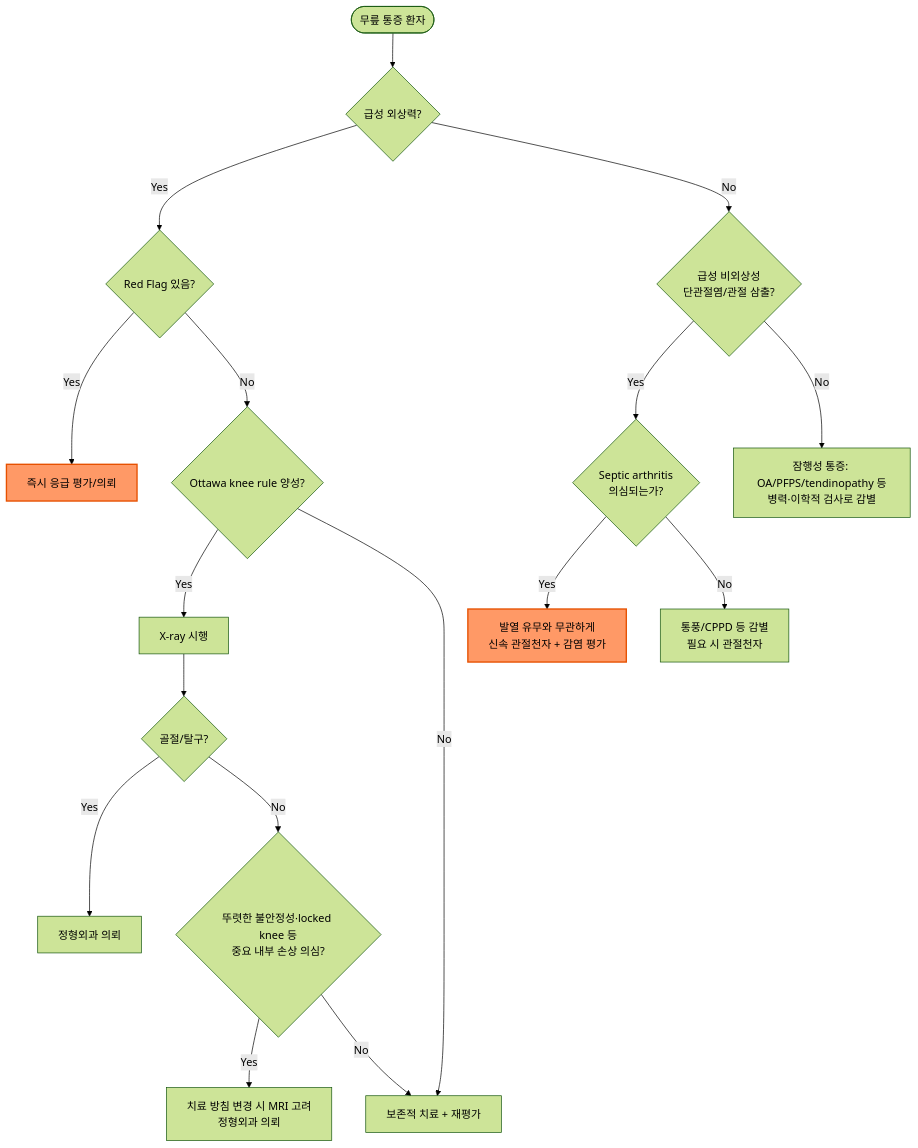
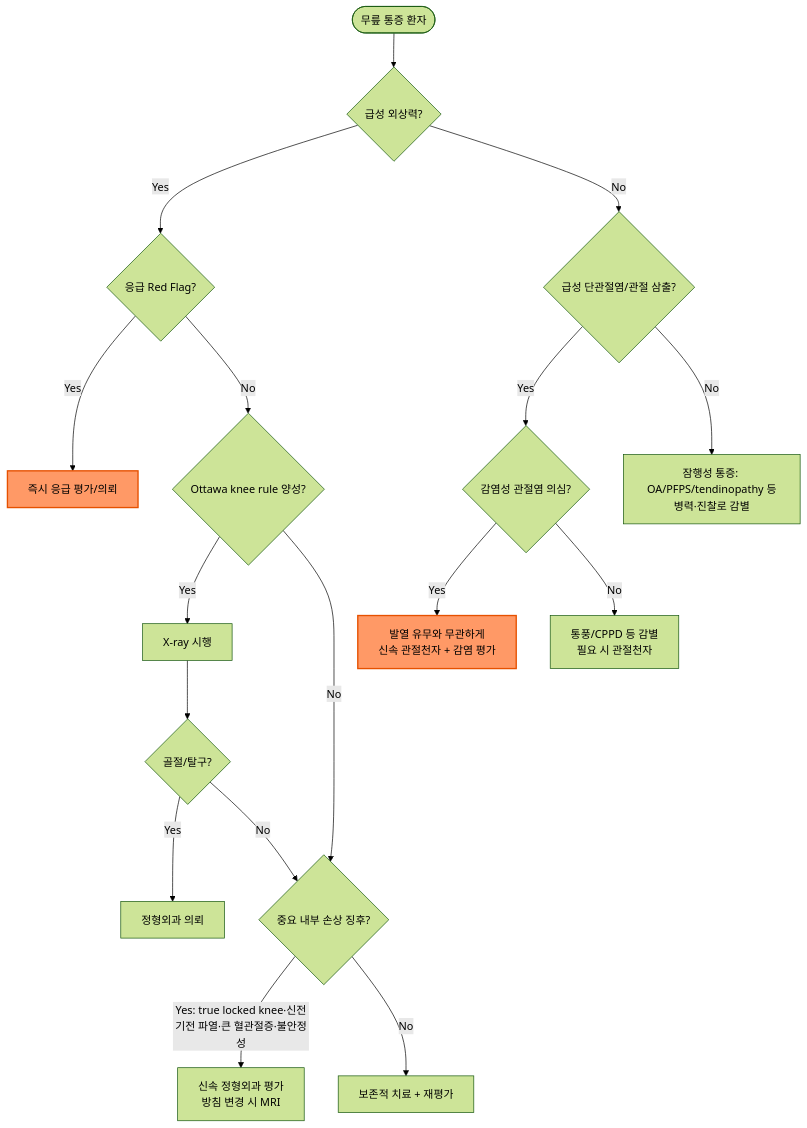
Before and after one commit to familyoh77/familyoh77: the diagram in 228_/144_-knee-pain.md, drawn with Mermaid (forest theme). The commit also changed other lines of this file, not shown here.

````diff
--- a/228_/144_-knee-pain.md
+++ b/228_/144_-knee-pain.md
@@ -236,21 +237,21 @@
 ```mermaid
 graph TD
     A([무릎 통증 환자]) --> B{급성 외상력?}
-    B -->|Yes| C{Red Flag 있음?}
+    B -->|Yes| C{응급 Red Flag?}
     C -->|Yes| D[즉시 응급 평가/의뢰]
     C -->|No| E{Ottawa knee rule 양성?}
     E -->|Yes| F[X-ray 시행]
-    E -->|No| G[보존적 치료 + 재평가]
+    E -->|No| J{중요 내부 손상 징후?}
     F --> H{골절/탈구?}
     H -->|Yes| I[정형외과 의뢰]
-    H -->|No| J{뚜렷한 불안정성·locked knee 등<br/>중요 내부 손상 의심?}
-    J -->|Yes| K[치료 방침 변경 시 MRI 고려<br/>정형외과 의뢰]
-    J -->|No| G
-    B -->|No| L{급성 비외상성<br/>단관절염/관절 삼출?}
-    L -->|Yes| M{Septic arthritis<br/>의심되는가?}
+    H -->|No| J
+    J -->|Yes: true locked knee·신전기전 파열·큰 혈관절증·불안정성| K[신속 정형외과 평가<br/>방침 변경 시 MRI]
+    J -->|No| G[보존적 치료 + 재평가]
+    B -->|No| L{급성 단관절염/관절 삼출?}
+    L -->|Yes| M{감염성 관절염 의심?}
     M -->|Yes| O[발열 유무와 무관하게<br/>신속 관절천자 + 감염 평가]
     M -->|No| P[통풍/CPPD 등 감별<br/>필요 시 관절천자]
-    L -->|No| N[잠행성 통증: OA/PFPS/tendinopathy 등<br/>병력·이학적 검사로 감별]
+    L -->|No| N[잠행성 통증: OA/PFPS/tendinopathy 등<br/>병력·진찰로 감별]
     style D fill:#f96,stroke:#e65100,stroke-width:2px
     style O fill:#f96,stroke:#e65100,stroke-width:2px
 ```
````
